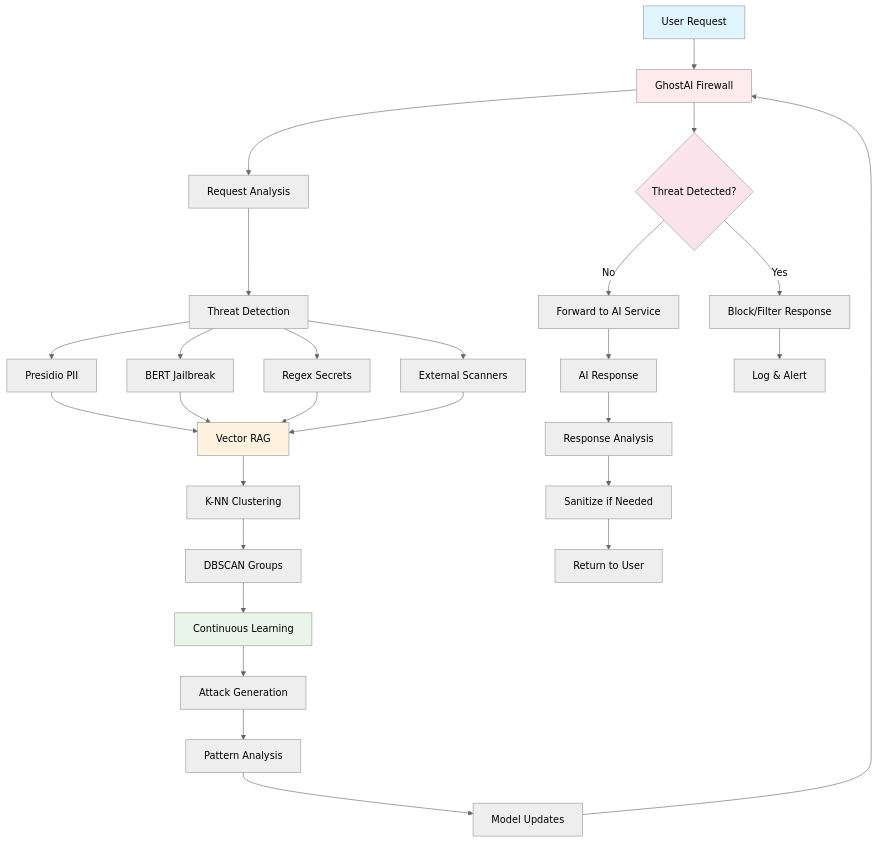
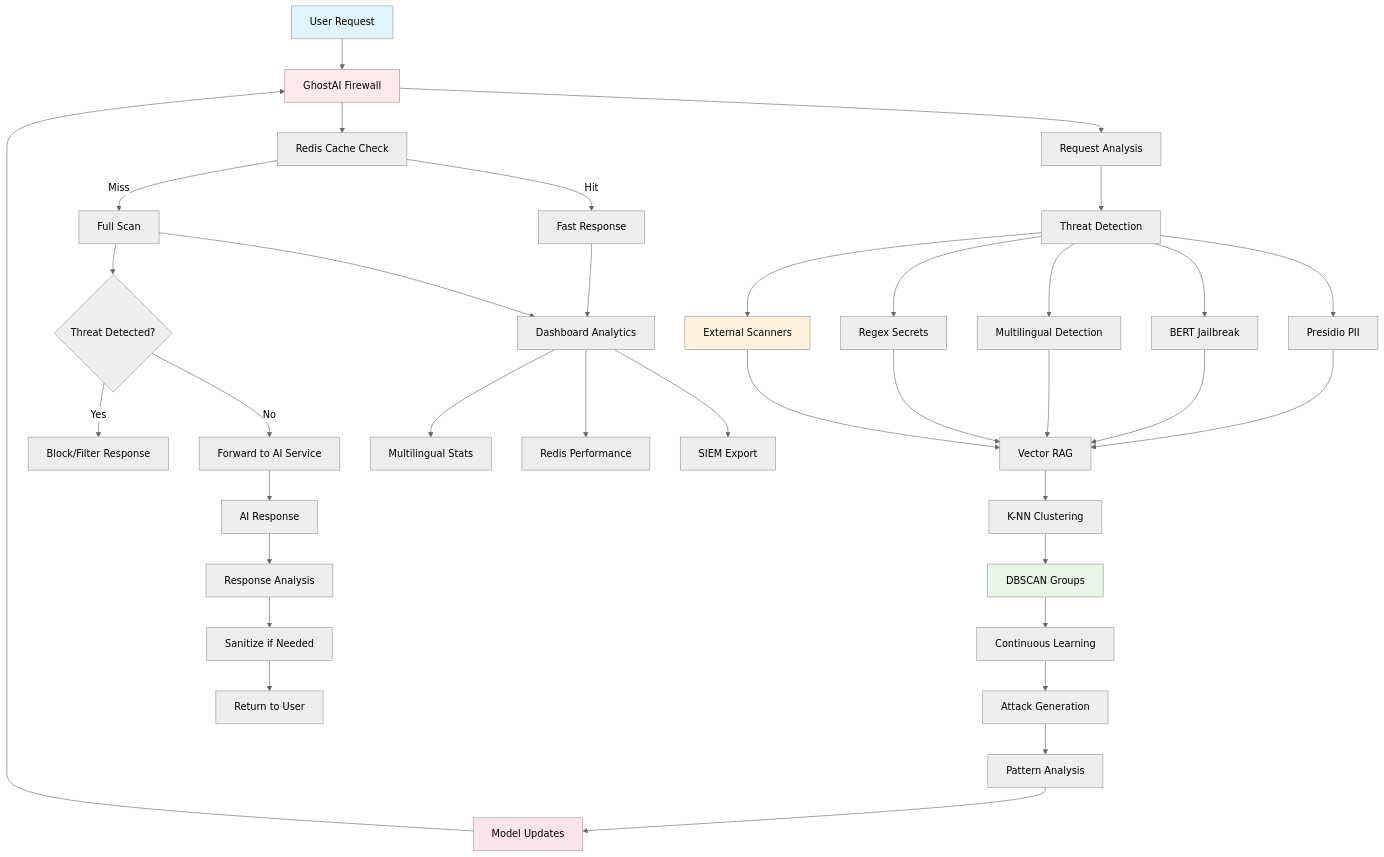
The diagram in README.md (GhostAIDLP/GhostAI_DLP), drawn with Mermaid (neutral theme) before and after one commit. The commit also changed other lines of this file and 9 other files, not shown here.

````diff
--- a/README.md
+++ b/README.md
@@ -200,39 +267,50 @@
 ```mermaid
 graph TB
     A[User Request] --> B[GhostAI Firewall]
     B --> C[Request Analysis]
     C --> D[Threat Detection]
     D --> E[Presidio PII]
     D --> F[BERT Jailbreak]
-    D --> G[Regex Secrets]
-    D --> H[External Scanners]
+    D --> G[Multilingual Detection]
+    D --> H[Regex Secrets]
+    D --> I[External Scanners]
     
-    E --> I[Vector RAG]
-    F --> I
-    G --> I
-    H --> I
+    E --> J[Vector RAG]
+    F --> J
+    G --> J
+    H --> J
+    I --> J
     
-    I --> J[K-NN Clustering]
-    J --> K[DBSCAN Groups]
-    K --> L[Continuous Learning]
+    J --> K[K-NN Clustering]
+    K --> L[DBSCAN Groups]
+    L --> M[Continuous Learning]
     
-    L --> M[Attack Generation]
-    M --> N[Pattern Analysis]
-    N --> O[Model Updates]
-    O --> B
+    M --> N[Attack Generation]
+    N --> O[Pattern Analysis]
+    O --> P[Model Updates]
+    P --> B
     
-    B --> P{Threat Detected?}
-    P -->|Yes| Q[Block/Filter Response]
-    P -->|No| R[Forward to AI Service]
-    R --> S[AI Response]
-    S --> T[Response Analysis]
-    T --> U[Sanitize if Needed]
-    U --> V[Return to User]
-    Q --> W[Log & Alert]
+    B --> Q[Redis Cache Check]
+    Q -->|Hit| R[Fast Response]
+    Q -->|Miss| S[Full Scan]
+    
+    S --> T{Threat Detected?}
+    T -->|Yes| U[Block/Filter Response]
+    T -->|No| V[Forward to AI Service]
+    V --> W[AI Response]
+    W --> X[Response Analysis]
+    X --> Y[Sanitize if Needed]
+    Y --> Z[Return to User]
+    
+    R --> AA[Dashboard Analytics]
+    S --> AA
+    AA --> BB[Multilingual Stats]
+    AA --> CC[Redis Performance]
+    AA --> DD[SIEM Export]
     
     style A fill:#e1f5fe
     style B fill:#ffebee
     style I fill:#fff3e0
     style L fill:#e8f5e8
     style P fill:#fce4ec
 ```
````
